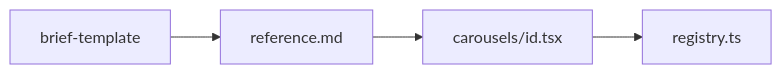
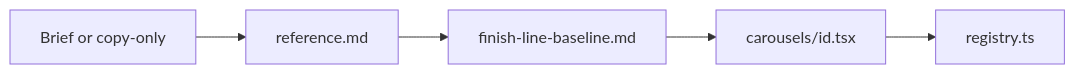
Before and after one commit to SageDevelopmentCode/schoolstack_landing: the diagram in .agents/skills/marketing-carousels/SKILL.md, drawn with Mermaid. The commit also changed other lines of this file and 94 other files, not shown here.

````diff
--- a/.agents/skills/marketing-carousels/SKILL.md
+++ b/.agents/skills/marketing-carousels/SKILL.md
@@ -36,8 +60,9 @@
 ```mermaid
 flowchart LR
-  Brief[brief-template]
+  Input[Brief or copy-only]
   Ref[reference.md]
+  Base[finish-line-baseline.md]
   File[carousels/id.tsx]
   Reg[registry.ts]
-  Brief --> Ref --> File --> Reg
+  Input --> Ref --> Base --> File --> Reg
 ```
````
